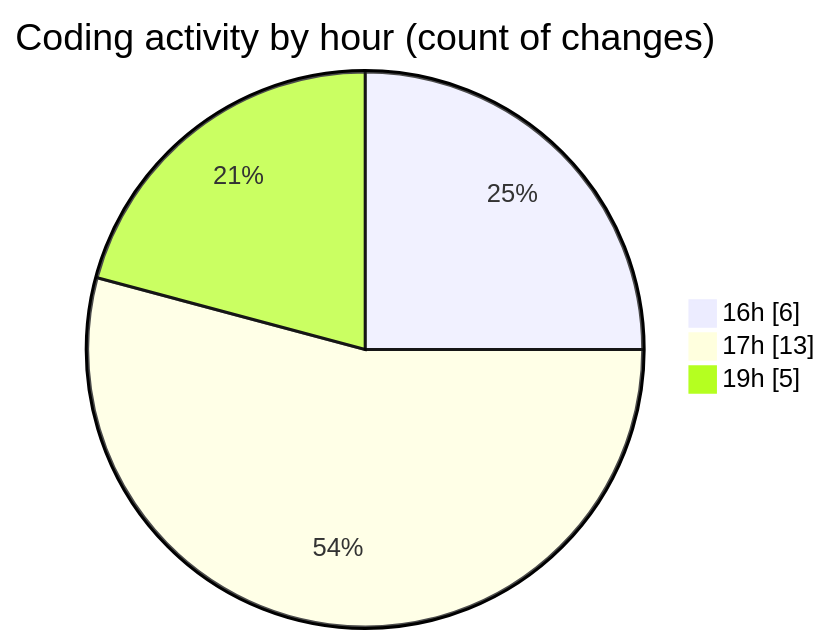
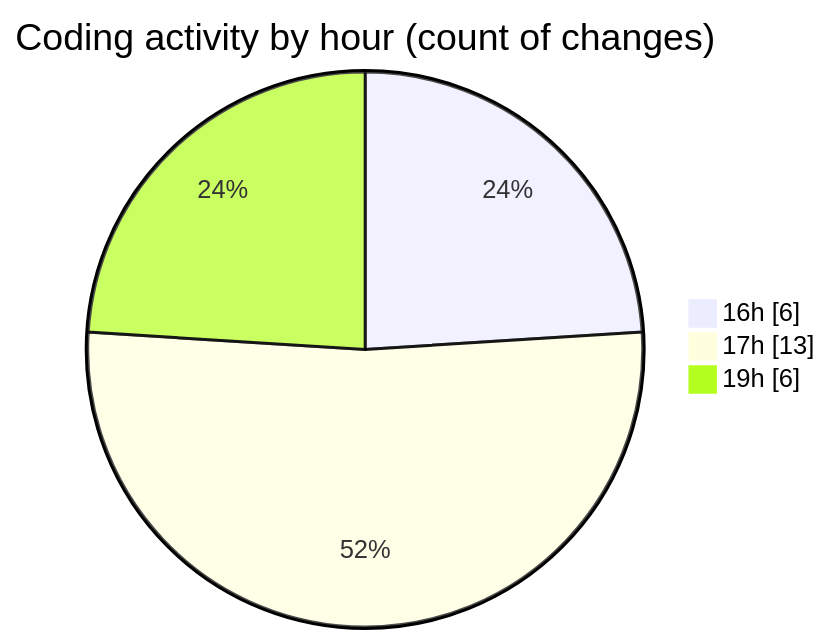
One commit to idhammustaqopulfikri/code-tracking changed the second of 2 diagrams in 2025-06-22/studio-backend/README.md. Above: the diagram before and after it, drawn with Mermaid. The commit also changed other lines of this file and 1 other file, not shown here.

````diff
--- a/2025-06-22/studio-backend/README.md
+++ b/2025-06-22/studio-backend/README.md
@@ -34,7 +34,7 @@
 ```mermaid
 pie showData
 title Coding activity by hour (count of changes)
 "16h" : 6
 "17h" : 13
-"19h" : 5
+"19h" : 6
 ```
````
